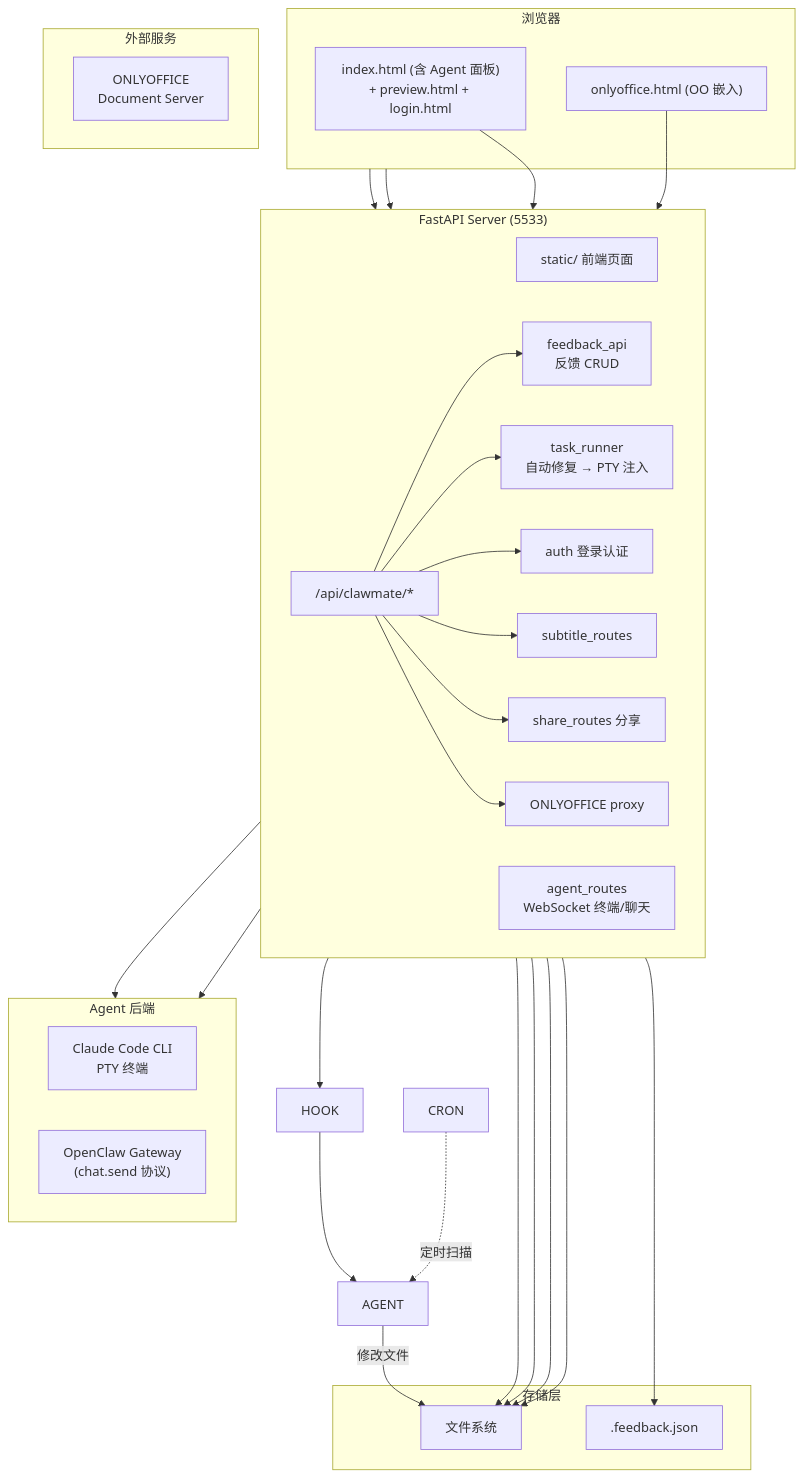
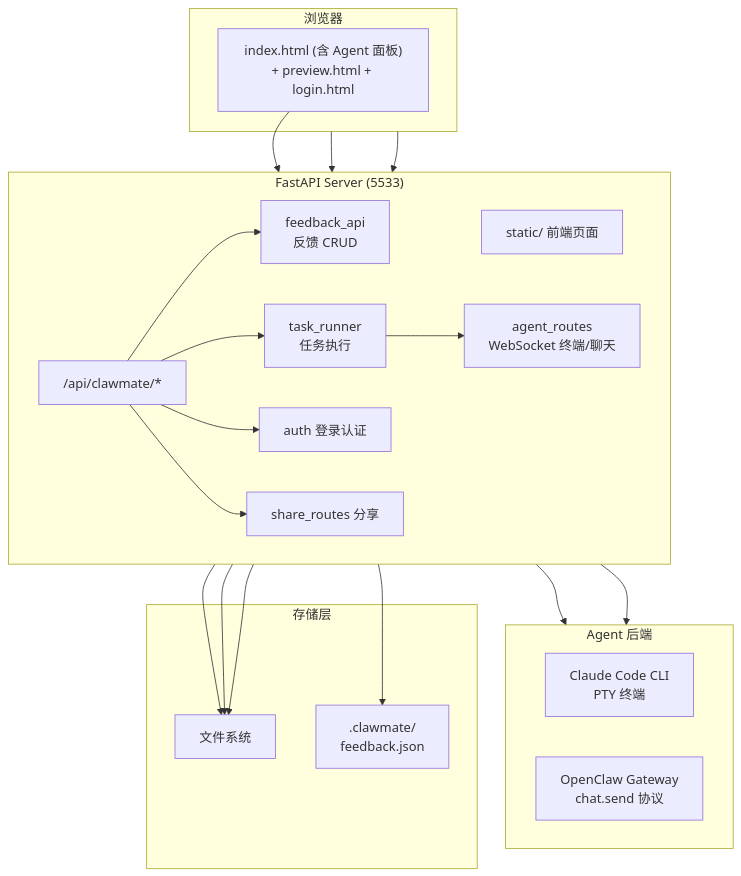
The third of 3 diagrams in README.md (updatedb/clawmate), drawn with Mermaid before and after one commit. The commit also changed other lines of this file, not shown here.

````diff
--- a/README.md
+++ b/README.md
@@ -249,67 +247,52 @@
 ```mermaid
 flowchart TB
     subgraph Browser["浏览器"]
         UI["index.html (含 Agent 面板)
 + preview.html + login.html"]
-        OO["onlyoffice.html (OO 嵌入)"]
     end
 
     subgraph Server["FastAPI Server (5533)"]
         direction LR
         STATIC["static/ 前端页面"]
         API["/api/clawmate/*"]
         AGENT_WS["agent_routes
 WebSocket 终端/聊天"]
         FEEDBACK["feedback_api
 反馈 CRUD"]
         TASK["task_runner
-自动修复 → PTY 注入"]
+任务执行"]
         AUTH["auth 登录认证"]
-        SUB["subtitle_routes"]
         SHARE["share_routes 分享"]
-        OOAPI["ONLYOFFICE proxy"]
     end
 
     subgraph Backend["Agent 后端"]
         direction LR
         CLAUDE["Claude Code CLI
 PTY 终端"]
         OC_GW["OpenClaw Gateway
-(chat.send 协议)"]
+chat.send 协议"]
     end
 
     subgraph Storage["存储层"]
         FS["文件系统"]
-        FB_JSON[".feedback.json"]
-    end
-
-    subgraph External["外部服务"]
-        OODS["ONLYOFFICE
-Document Server"]
+        FB_JSON[".clawmate/
+feedback.json"]
     end
 
     UI --> STATIC
-    OO --> OOAPI
     Browser --> API
     Browser --> AGENT_WS
     AGENT_WS --> CLAUDE
     AGENT_WS --> OC_GW
 
     API --> FEEDBACK
     API --> TASK
     API --> AUTH
-    API --> SUB
     API --> SHARE
-    API --> OOAPI
+    API --> FS
 
     FEEDBACK --> FB_JSON
     TASK --> FS
-    SUB --> FS
+    TASK --> AGENT_WS
     SHARE --> FS
-    API --> FS
-
-    FEEDBACK --> HOOK
-    HOOK --> AGENT
-    AGENT -->|修改文件| FS
-    CRON -.->|定时扫描| AGENT
 ```
````
